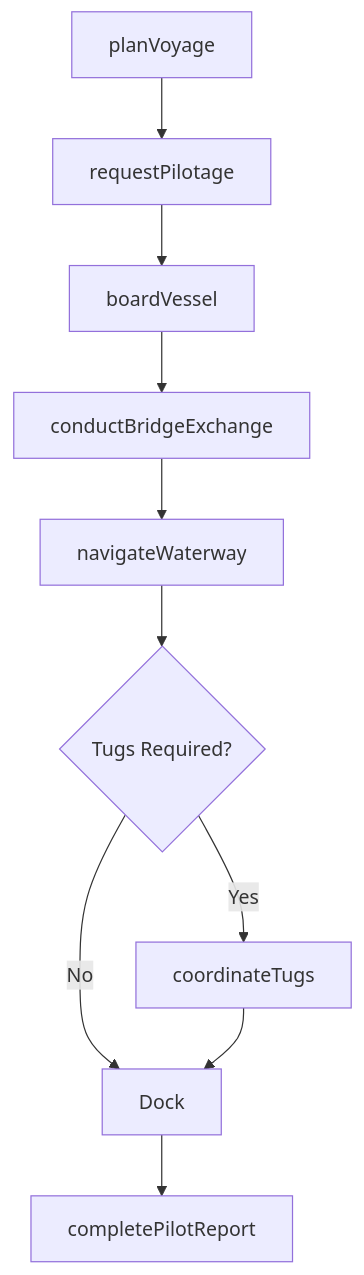
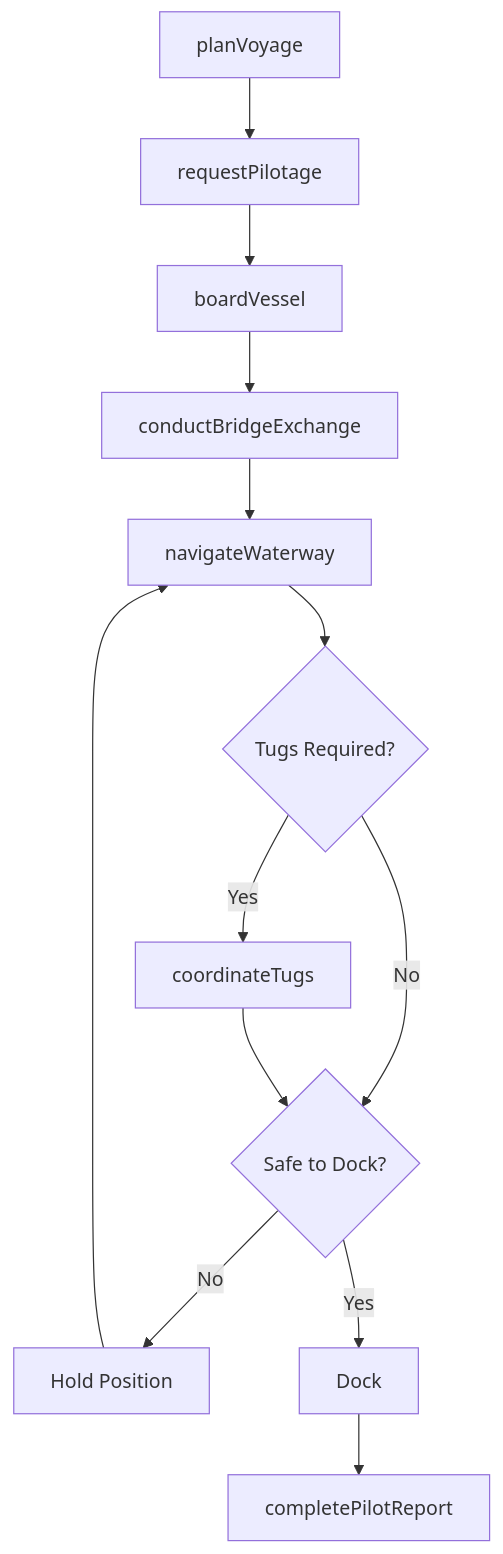
The third of 4 diagrams in OperatingVehiclesMechanizedDevicesOrEquipment/OperateTransportationEquipmentOrVehicles/PilotWaterVessels.mdx (dot-org-ai/tasks.org.ai), drawn with Mermaid before and after one commit. The commit also changed other lines of this file and 504 other files, not shown here.

First line of the commit message:
feat: Add ER diagrams, state diagrams, and workflow improvements to 96 DWA task files

````diff
--- a/OperatingVehiclesMechanizedDevicesOrEquipment/OperateTransportationEquipmentOrVehicles/PilotWaterVessels.mdx
+++ b/OperatingVehiclesMechanizedDevicesOrEquipment/OperateTransportationEquipmentOrVehicles/PilotWaterVessels.mdx
@@ -89,12 +118,15 @@
 ```mermaid
 graph TD
     A[planVoyage] --> B[requestPilotage]
     B --> C[boardVessel]
     C --> D[conductBridgeExchange]
     D --> E[navigateWaterway]
     E --> F{Tugs Required?}
     F -->|Yes| G[coordinateTugs]
-    F -->|No| H[Dock]
+    F -->|No| H{Safe to Dock?}
     G --> H
-    H --> I[completePilotReport]
+    H -->|No| I[Hold Position]
+    I --> E
+    H -->|Yes| J[Dock]
+    J --> K[completePilotReport]
 ```
````
